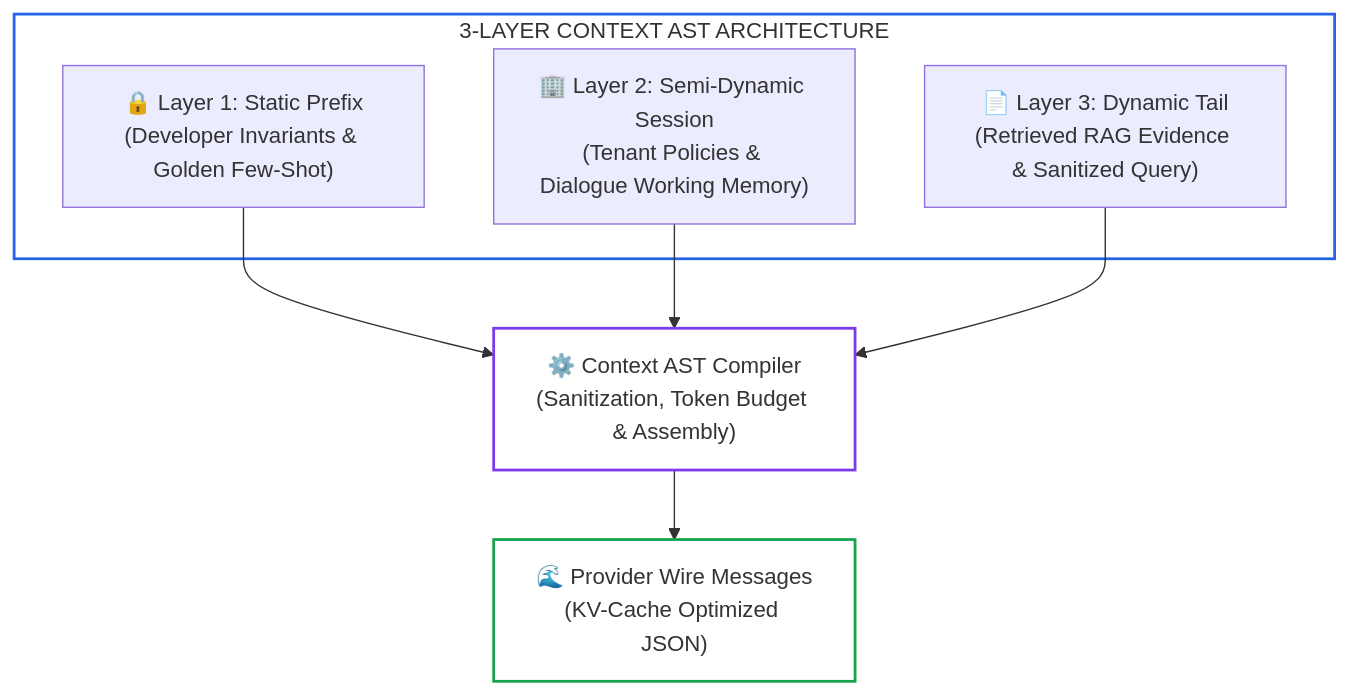
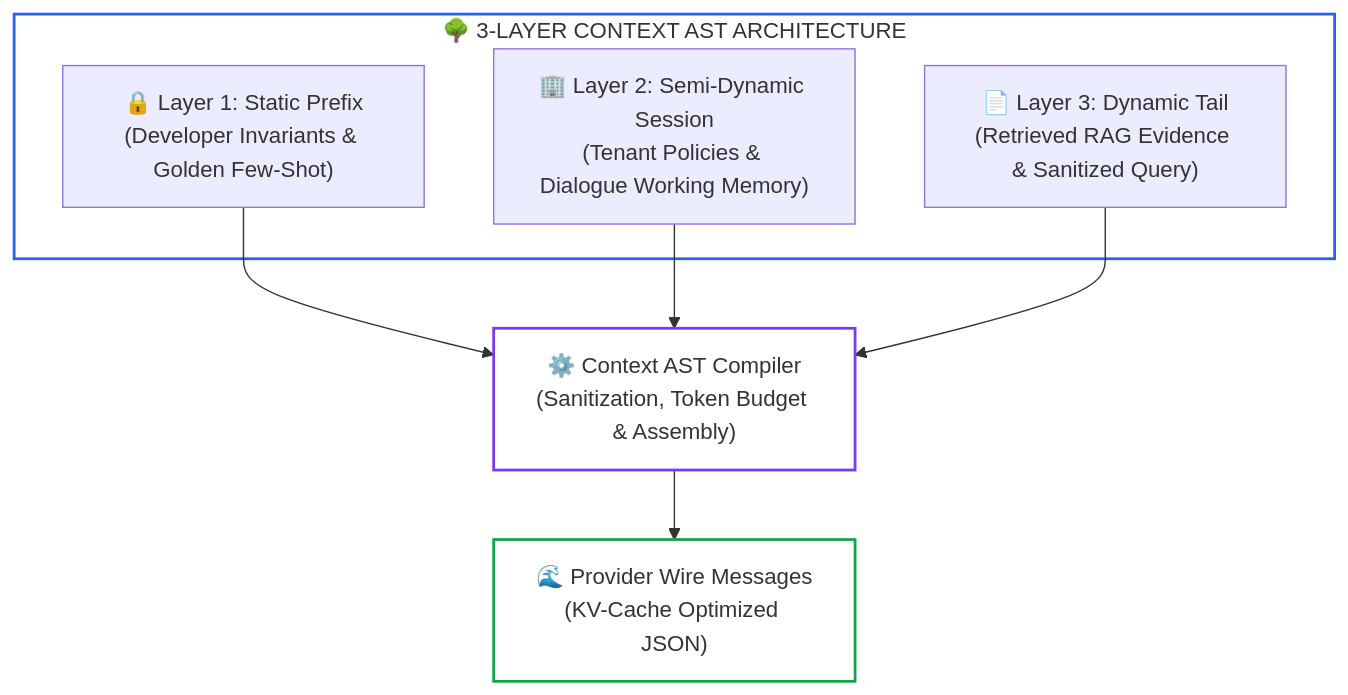
The first of 2 diagrams in 01-prompt-and-context-engineering/01-context-ast-architecture.md (dip4k/senior-engineer-to-ai-engineer-roadmap), drawn with Mermaid before and after one commit. The commit also changed 94 other files, not shown here.

Commit message:
refactor(curriculum): complete Phase 04 upgrade and enforce diagram renderer invariants

````diff
--- a/01-prompt-and-context-engineering/01-context-ast-architecture.md
+++ b/01-prompt-and-context-engineering/01-context-ast-architecture.md
@@ -108,17 +108,17 @@
 ```mermaid
 flowchart TD
-    subgraph AST["3-LAYER CONTEXT AST ARCHITECTURE"]
+    subgraph AST["🌳 3-LAYER CONTEXT AST ARCHITECTURE"]
         L1["🔒 Layer 1: Static Prefix<br>(Developer Invariants & Golden Few-Shot)"]
         L2["🏢 Layer 2: Semi-Dynamic Session<br>(Tenant Policies & Dialogue Working Memory)"]
         L3["📄 Layer 3: Dynamic Tail<br>(Retrieved RAG Evidence & Sanitized Query)"]
     end
 
     L1 --> Compiler["⚙️ Context AST Compiler<br>(Sanitization, Token Budget & Assembly)"]
     L2 --> Compiler
     L3 --> Compiler
     Compiler --> Wire["🌊 Provider Wire Messages<br>(KV-Cache Optimized JSON)"]
 
     style AST fill:none,stroke:#2563eb,stroke-width:2px;
     style Compiler stroke:#7c3aed,stroke-width:2px,fill:none;
     style Wire stroke:#16a34a,stroke-width:2px,fill:none;
 ```
````
